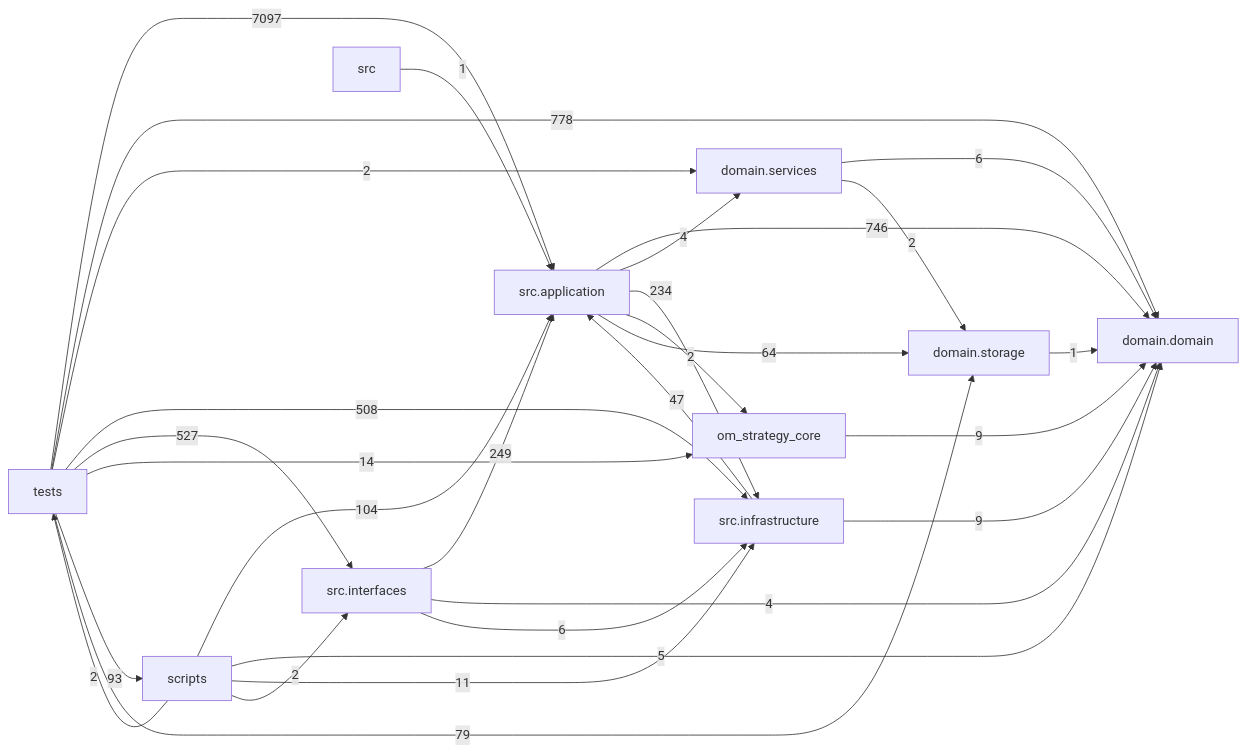
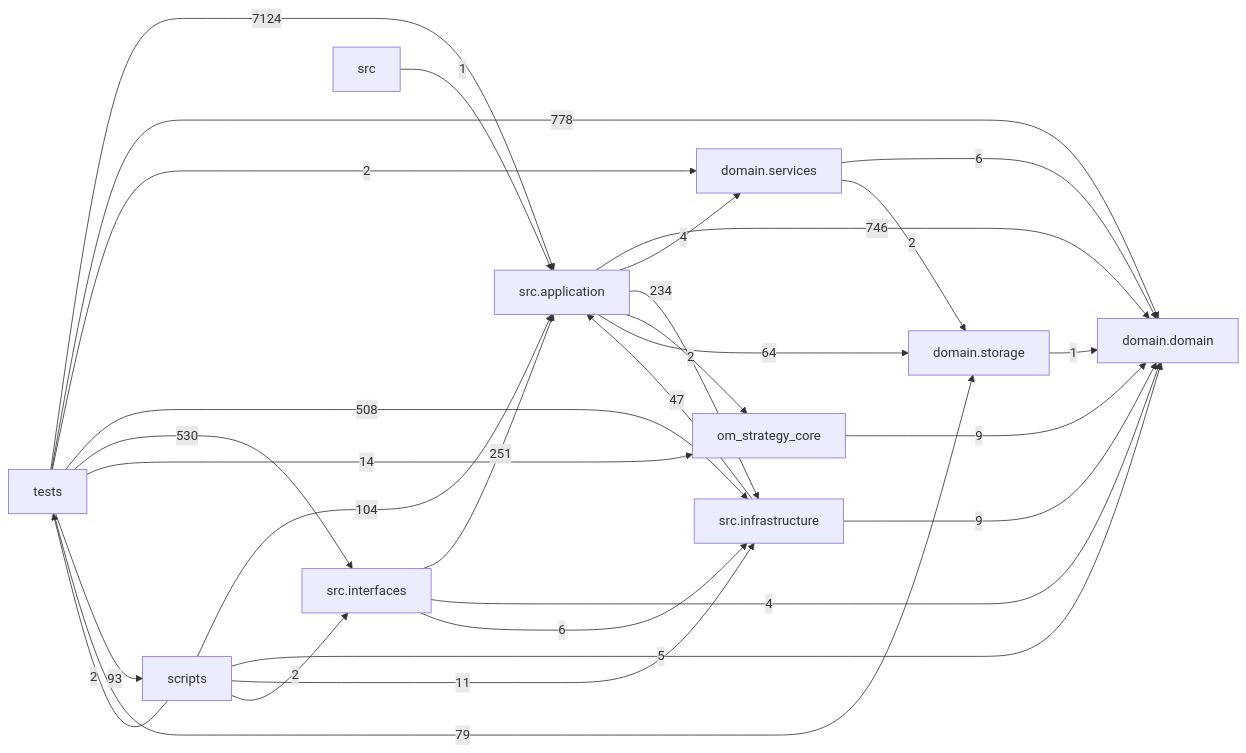
One commit to liuxie066/options-monitor changed the diagram in docs/DEPENDENCY_GRAPH.md. Above: the diagram before and after it, drawn with Mermaid. The commit also changed other lines of this file and 8 other files, not shown here.

````diff
--- a/docs/DEPENDENCY_GRAPH.md
+++ b/docs/DEPENDENCY_GRAPH.md
@@ -24,39 +24,39 @@
 ```mermaid
 flowchart LR
   tests["tests"]
   scripts["scripts"]
   interfaces["src.interfaces"]
   application["src.application"]
   infrastructure["src.infrastructure"]
   domain_services["domain.services"]
   domain["domain.domain"]
   storage["domain.storage"]
   application -->|746| domain
   application -->|4| domain_services
   application -->|234| infrastructure
   application -->|2| om_strategy_core
   application -->|64| storage
   domain_services -->|6| domain
   domain_services -->|2| storage
   infrastructure -->|47| application
   infrastructure -->|9| domain
-  interfaces -->|249| application
+  interfaces -->|251| application
   interfaces -->|4| domain
   interfaces -->|6| infrastructure
   om_strategy_core -->|9| domain
   scripts -->|104| application
   scripts -->|5| domain
   scripts -->|11| infrastructure
   scripts -->|2| interfaces
   scripts -->|2| tests
   src -->|1| application
   storage -->|1| domain
-  tests -->|7097| application
+  tests -->|7124| application
   tests -->|778| domain
   tests -->|2| domain_services
   tests -->|508| infrastructure
-  tests -->|527| interfaces
+  tests -->|530| interfaces
   tests -->|14| om_strategy_core
   tests -->|93| scripts
   tests -->|79| storage
 ```
````
